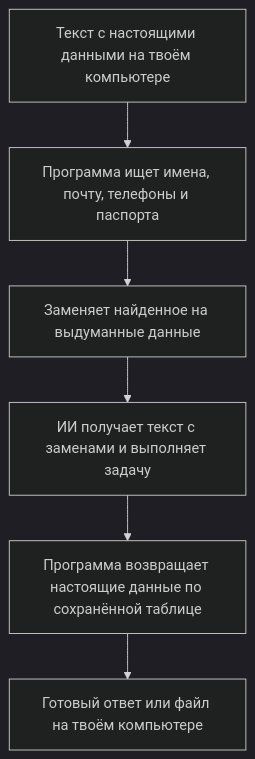
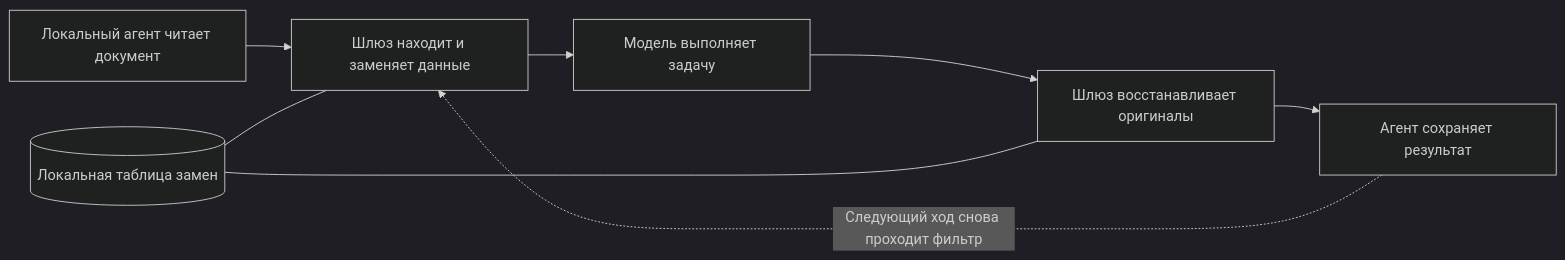
One commit to Punk2013/hack-msu changed the diagram in README.md. Above: the diagram before and after it, drawn with Mermaid (dark theme). The commit also changed other lines of this file and 1 other file, not shown here.

````diff
--- a/README.md
+++ b/README.md
@@ -25,8 +49,10 @@
 ```mermaid
-flowchart TD
-    A[Текст с настоящими данными на твоём компьютере] --> B[Программа ищет имена, почту, телефоны и паспорта]
-    B --> C[Заменяет найденное на выдуманные данные]
-    C --> D[ИИ получает текст с заменами и выполняет задачу]
-    D --> E[Программа возвращает настоящие данные по сохранённой таблице]
-    E --> F[Готовый ответ или файл на твоём компьютере]
+flowchart LR
+    A[Локальный агент читает документ] --> B[Шлюз находит и заменяет данные]
+    B --> C[Модель выполняет задачу]
+    C --> D[Шлюз восстанавливает оригиналы]
+    D --> E[Агент сохраняет результат]
+    V[(Локальная таблица замен)] --- B
+    V --- D
+    E -. Следующий ход снова проходит фильтр .-> B
 ```
````
